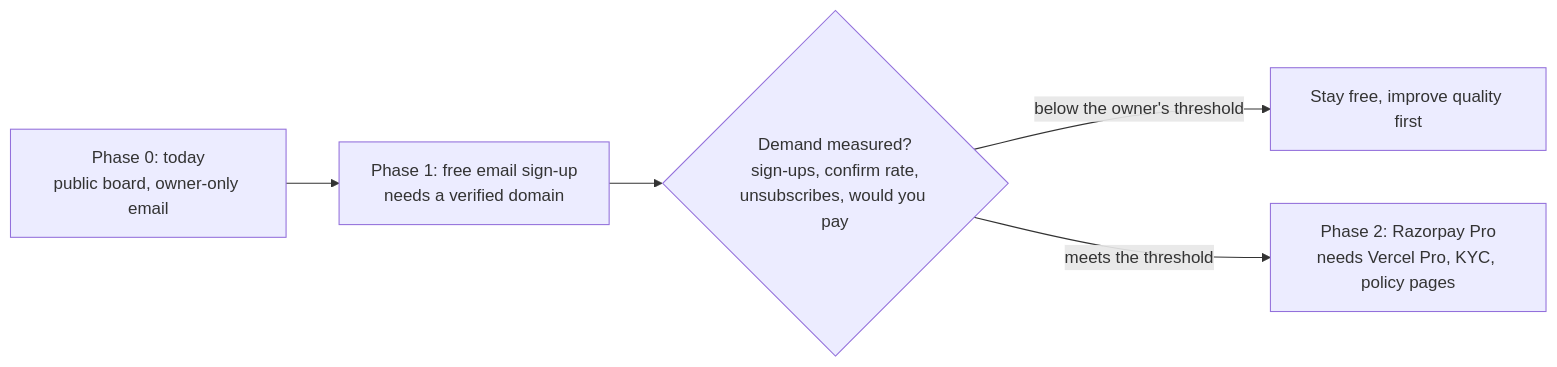
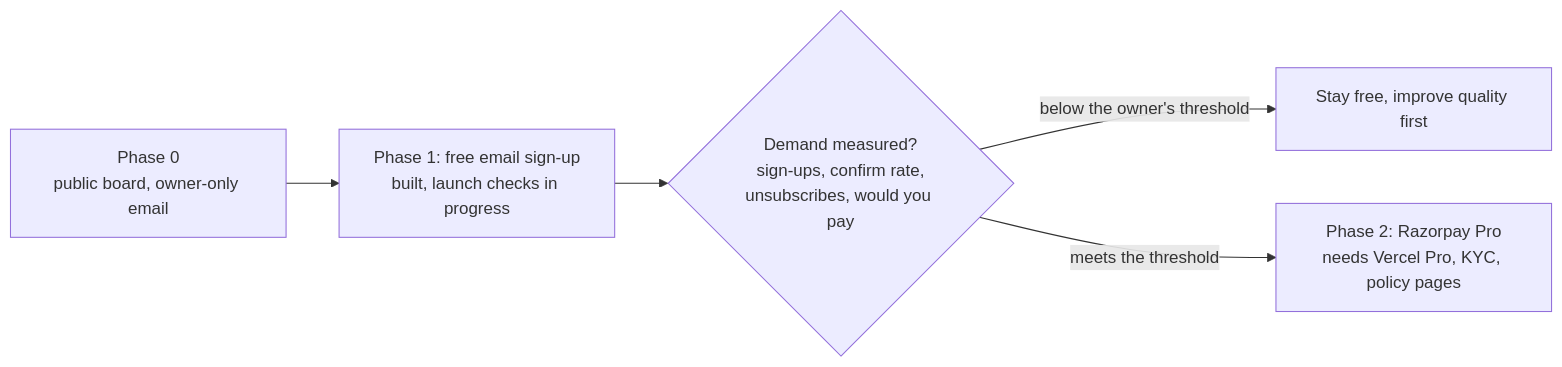
The sixth of 6 diagrams in docs/subscriptions/architecture.md (bhawnamanglapm/travel-problem-radar-case-study), drawn with Mermaid before and after one commit. The commit also changed other lines of this file and 1 other file, not shown here.

Commit message:
Subscription design docs describe what was built (T12 doc 4)

````diff
--- a/docs/subscriptions/architecture.md
+++ b/docs/subscriptions/architecture.md
@@ -137,7 +147,7 @@
 ```mermaid
 flowchart LR
-  P0["Phase 0: today<br/>public board, owner-only email"] --> P1["Phase 1: free email sign-up<br/>needs a verified domain"]
+  P0["Phase 0<br/>public board, owner-only email"] --> P1["Phase 1: free email sign-up<br/>built, launch checks in progress"]
   P1 --> G{"Demand measured?<br/>sign-ups, confirm rate,<br/>unsubscribes, would you pay"}
   G -- "below the owner's threshold" --> S[Stay free, improve quality first]
   G -- "meets the threshold" --> P2["Phase 2: Razorpay Pro<br/>needs Vercel Pro, KYC, policy pages"]
 ```
````
